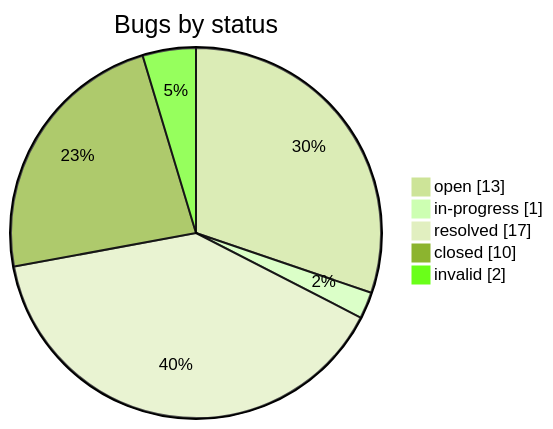
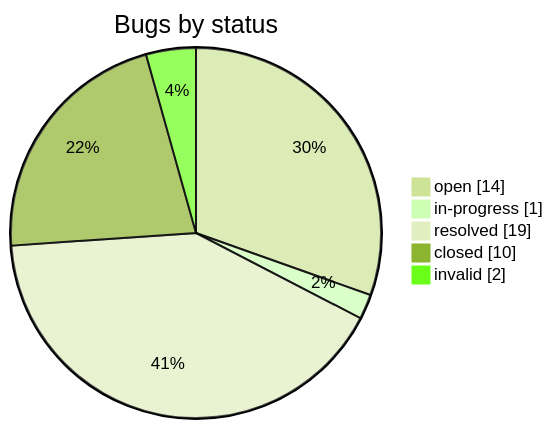
One commit to iammaxsu/automatic-testing-architecture changed the second of 2 diagrams in STATUS.md. Above: the diagram before and after it, drawn with Mermaid (forest theme). The commit also changed other lines of this file and 7 other files, not shown here.

````diff
--- a/STATUS.md
+++ b/STATUS.md
@@ -165,8 +165,8 @@
 ```mermaid
 pie showData title Bugs by status
-    "open" : 13
+    "open" : 14
     "in-progress" : 1
-    "resolved" : 17
+    "resolved" : 19
     "closed" : 10
     "invalid" : 2
 ```
````
